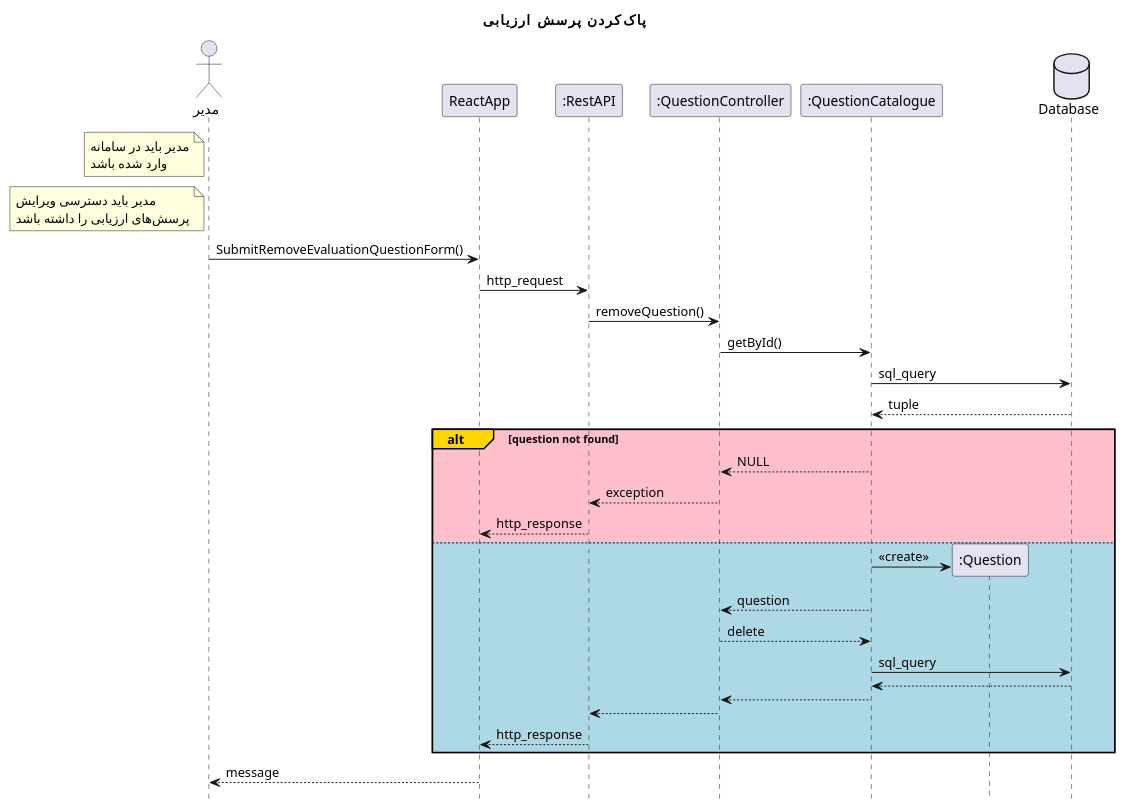
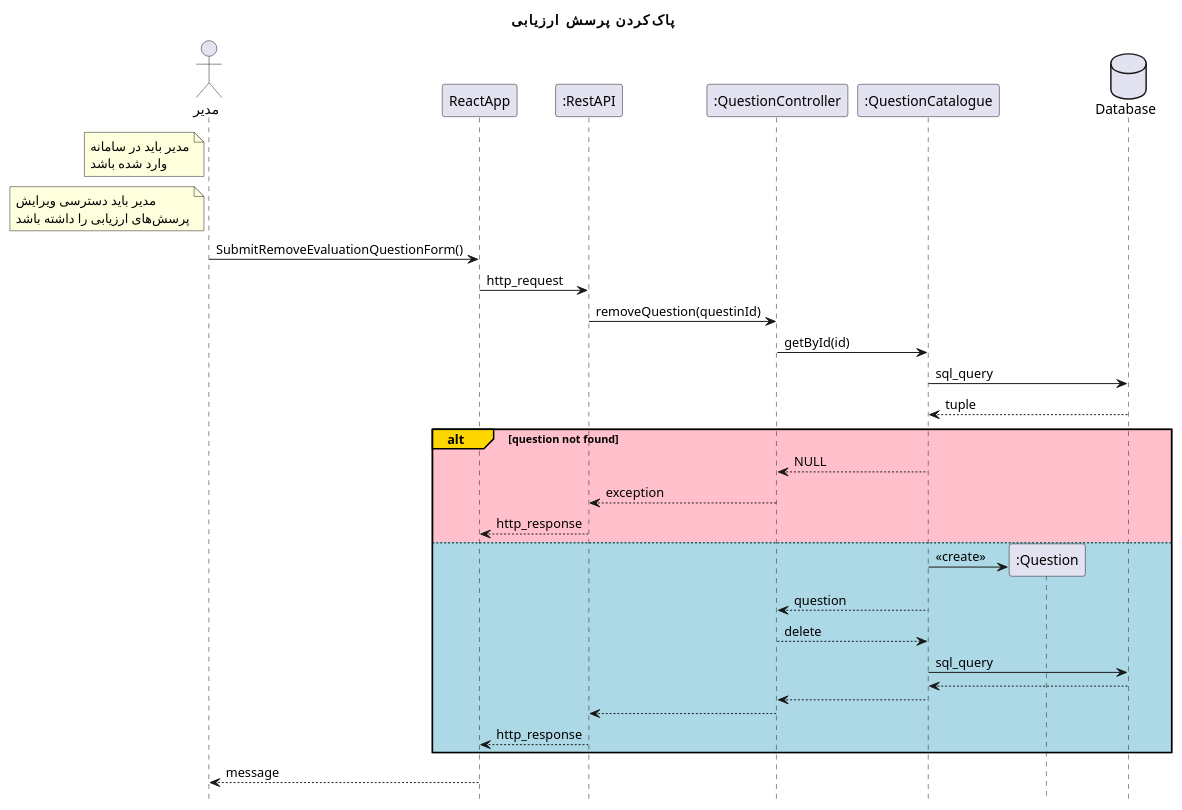
The diagram in design sequence diagams/removeEvaluationServiceQuestion.plantuml (Khedmatkar-OOD-spring-2022/Model-and-Documents), drawn with PlantUML before and after one commit. The commit also changed 26 other files, not shown here.

```diff
--- a/design sequence diagams/removeEvaluationServiceQuestion.plantuml
+++ b/design sequence diagams/removeEvaluationServiceQuestion.plantuml
@@ -1,45 +1,45 @@
 @startuml RemoveEvaluationServiceQuestion
 hide footbox
 title "پاک‌کردن پرسش‌ ارزیابی"
 actor       "مدیر" as admin
 participant ReactApp
 participant ":RestAPI" as RestAPI
 participant ":QuestionController" as QuestionController
 participant ":QuestionCatalogue" as QuestionCatalogue
 participant ":Question" as Question
 database Database
 note left of admin
     مدیر باید در سامانه
     وارد شده باشد
 end note
 note left of admin
     مدیر باید دسترسی ویرایش
     پرسش‌های ارزیابی را داشته باشد
 end note
 
 admin -> ReactApp: SubmitRemoveEvaluationQuestionForm()
 ReactApp -> RestAPI: http_request
-RestAPI -> QuestionController: removeQuestion()
-QuestionController -> QuestionCatalogue: getById()
+RestAPI -> QuestionController: removeQuestion(questinId)
+QuestionController -> QuestionCatalogue: getById(id)
 QuestionCatalogue -> Database: sql_query
 return tuple
 alt#Gold #Pink question not found
     
     QuestionCatalogue --> QuestionController: NULL
     QuestionController --> RestAPI:  exception
     RestAPI --> ReactApp: http_response
 
 else #LightBlue
 
     QuestionCatalogue -> Question **: <<create>>
     QuestionCatalogue --> QuestionController: question
     QuestionController --> QuestionCatalogue: delete
     QuestionCatalogue -> Database: sql_query
     return
     QuestionCatalogue --> QuestionController
     QuestionController --> RestAPI
     RestAPI --> ReactApp: http_response
 
 end
 ReactApp --> admin: message
 @enduml
```
